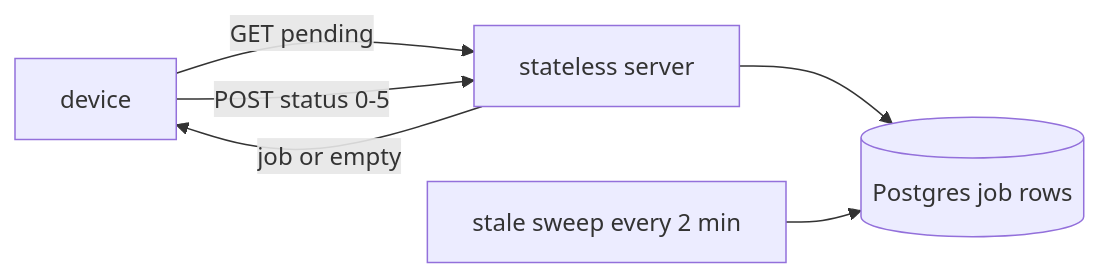
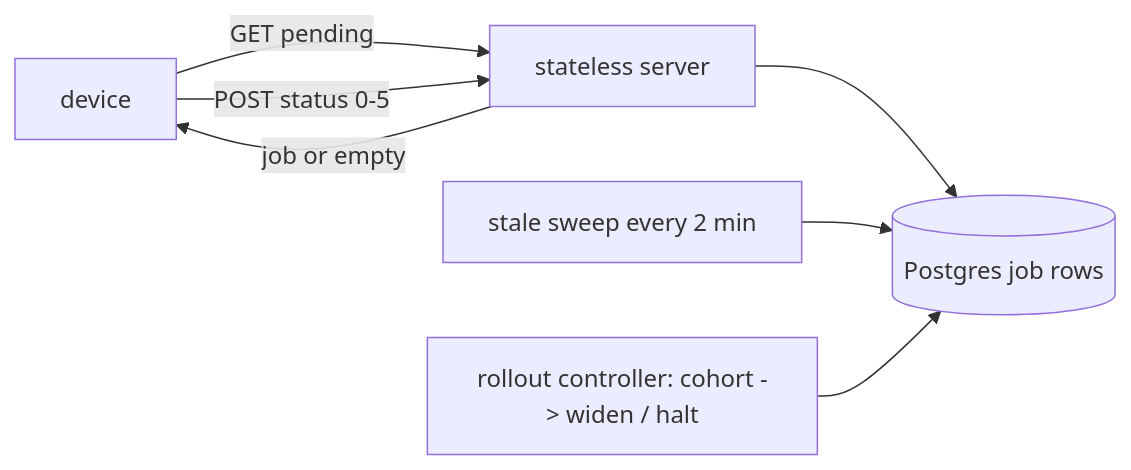
One commit to Sundeepg98/deepdive-rehearsal changed the diagram in src/topics-md/devices-dispatch.md. Above: the diagram before and after it, drawn with Mermaid. The commit also changed other lines of this file and 41 other files, not shown here.

````diff
--- a/src/topics-md/devices-dispatch.md
+++ b/src/topics-md/devices-dispatch.md
@@ -255,8 +567,9 @@
 ```mermaid
 flowchart LR
   D[device] -->|GET pending| SV["stateless server"]
   SV -->|job or empty| D
   D -->|POST status 0-5| SV
   SV --> P[("Postgres job rows")]
   W["stale sweep every 2 min"] --> P
+  R["rollout controller: cohort -> widen / halt"] --> P
 ```
````
